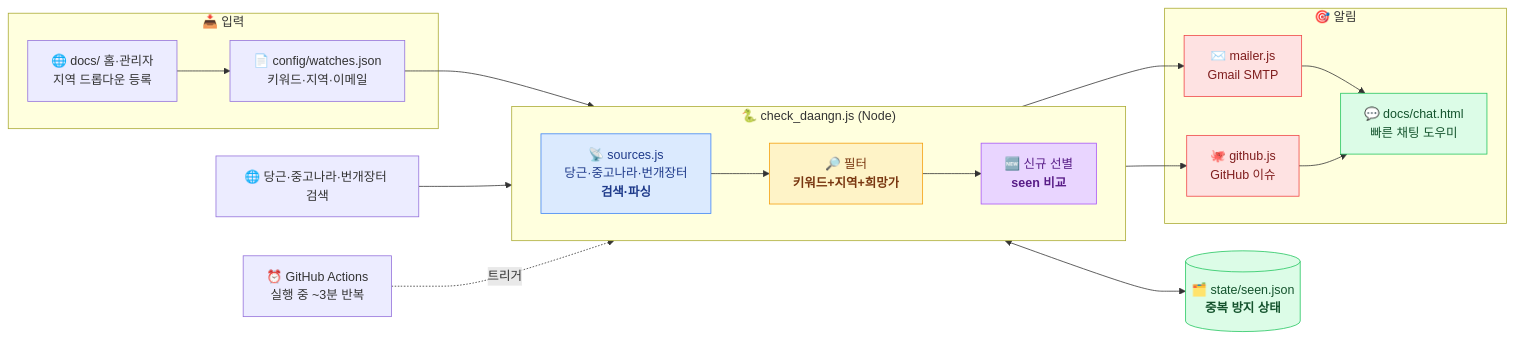
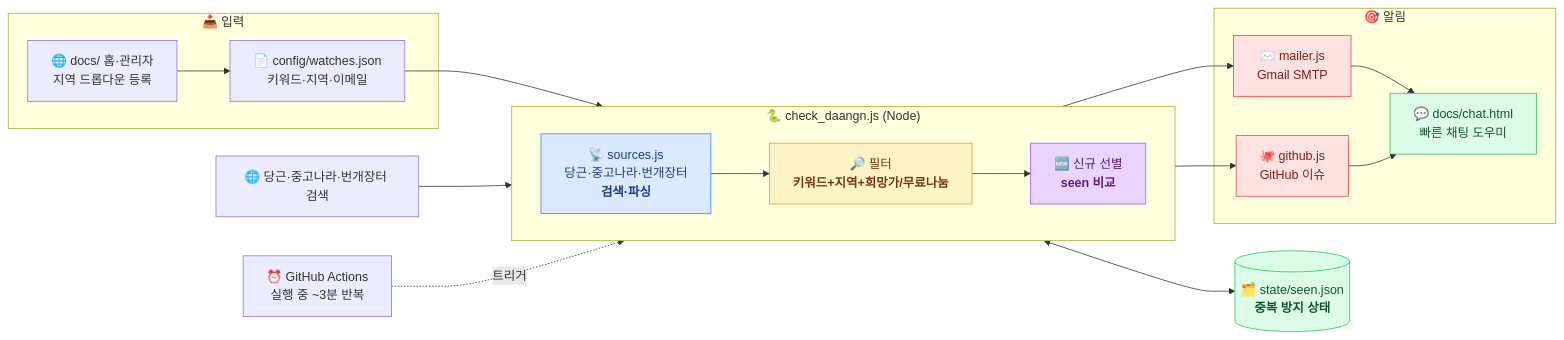
Before and after one commit to leemgs/carrot-market: the first of 3 diagrams in README.md, drawn with Mermaid. The commit also changed other lines of this file, not shown here.

Commit message:
docs: 무료나눔 최신 동작 반영

````diff
--- a/README.md
+++ b/README.md
@@ -19,41 +22,41 @@
 ```mermaid
 flowchart LR
     subgraph IN["📥 입력"]
         CFG["📄 config/watches.json<br/>키워드·지역·이메일"]
         WEB1["🌐 docs/ 홈·관리자<br/>지역 드롭다운 등록"]
     end
 
     subgraph PIPE["🐍 check_daangn.js (Node)"]
         direction LR
         FT["📡 sources.js<br/>당근·중고나라·번개장터<br/><b>검색·파싱</b>"]
-        FL["🔎 필터<br/><b>키워드+지역+희망가</b>"]
+        FL["🔎 필터<br/><b>키워드+지역+희망가/무료나눔</b>"]
         DF["🆕 신규 선별<br/><b>seen 비교</b>"]
         FT --> FL --> DF
     end
 
     DB[("🗂️ state/seen.json<br/><b>중복 방지 상태</b>")]
 
     subgraph OUT["🎯 알림"]
         MAIL["✉️ mailer.js<br/>Gmail SMTP"]
         ISSUE["🐙 github.js<br/>GitHub 이슈"]
         CHAT["💬 docs/chat.html<br/>빠른 채팅 도우미"]
     end
 
     WEB1 --> CFG
     CFG --> FT
     ST["🌐 당근·중고나라·번개장터 검색"] --> FT
     DF <--> DB
     DF --> MAIL
     DF --> ISSUE
     MAIL --> CHAT
     ISSUE --> CHAT
     CRON["⏰ GitHub Actions<br/>실행 중 ~3분 반복"] -. "트리거" .-> PIPE
 
     style FT fill:#dbeafe,stroke:#3b82f6,color:#1e3a8a
     style FL fill:#fef3c7,stroke:#f59e0b,color:#78350f
     style DF fill:#e9d5ff,stroke:#a855f7,color:#581c87
     style DB fill:#dcfce7,stroke:#22c55e,color:#14532d
     style MAIL fill:#fee2e2,stroke:#ef4444,color:#7f1d1d
     style ISSUE fill:#fee2e2,stroke:#ef4444,color:#7f1d1d
     style CHAT fill:#dcfce7,stroke:#22c55e,color:#14532d
 ```
````
